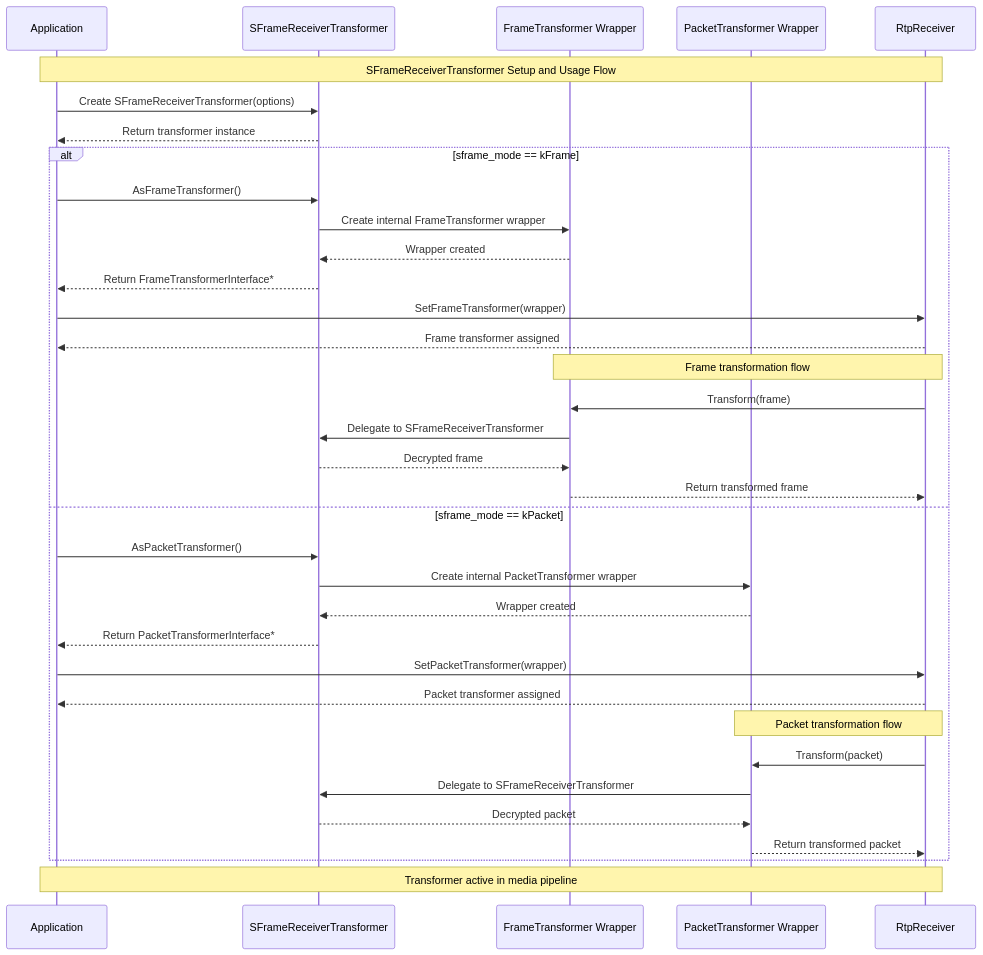
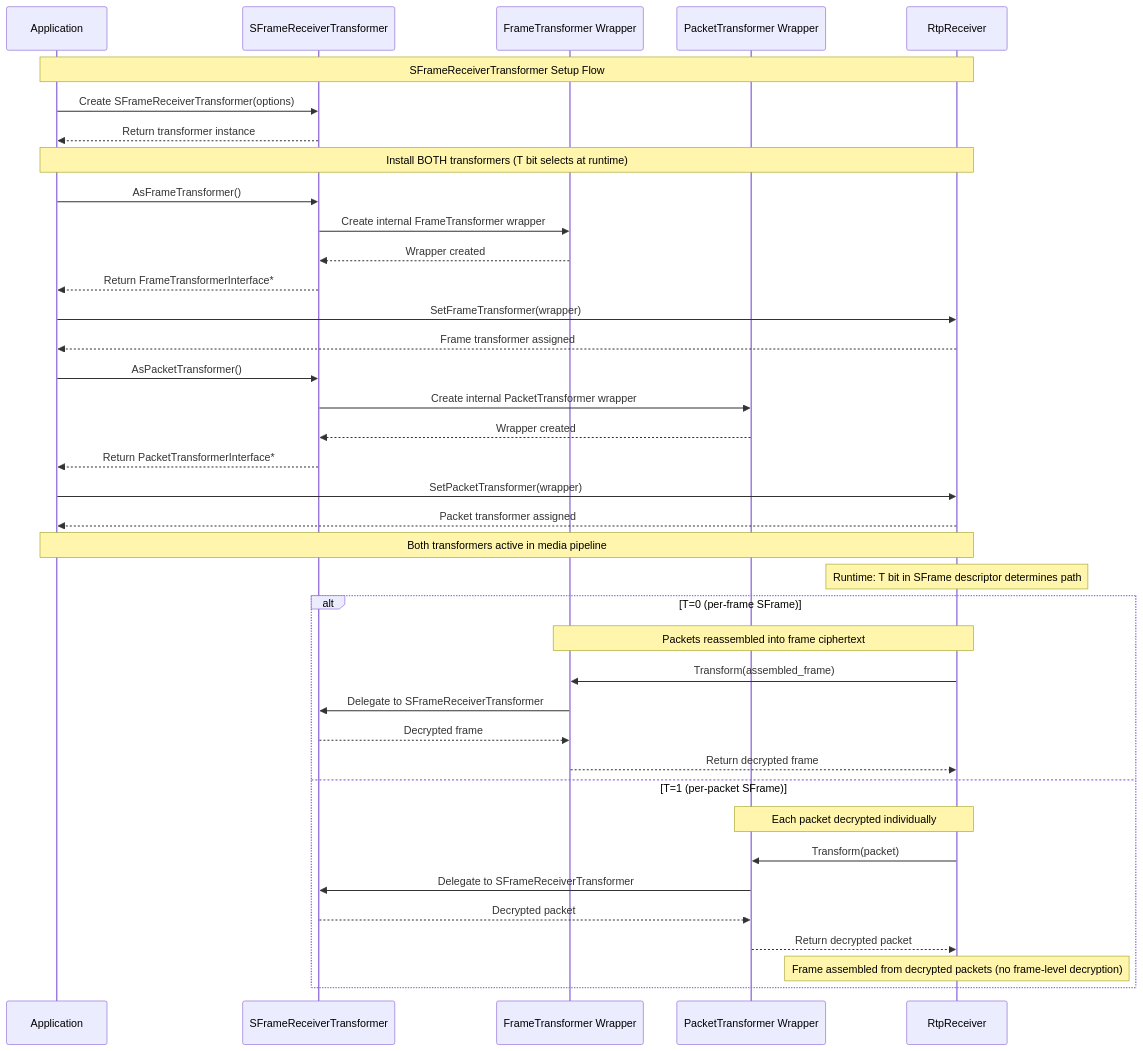
Before and after one commit to webex/webrtc-sframe: diagram 11 of 22 in README.md, drawn with Mermaid. The commit also changed other lines of this file, not shown here.

Commit message:
t bit introduced

````diff
--- a/README.md
+++ b/README.md
@@ -351,46 +357,48 @@
 ```mermaid
 sequenceDiagram
     participant App as Application
     participant RT as SFrameReceiverTransformer
     participant FW as FrameTransformer Wrapper
     participant PW as PacketTransformer Wrapper
     participant Receiver as RtpReceiver
 
-    Note over App,Receiver: SFrameReceiverTransformer Setup and Usage Flow
+    Note over App,Receiver: SFrameReceiverTransformer Setup Flow
 
     App->>RT: Create SFrameReceiverTransformer(options)
     RT-->>App: Return transformer instance
 
-    alt sframe_mode == kFrame
-        App->>RT: AsFrameTransformer()
-        RT->>FW: Create internal FrameTransformer wrapper
-        FW-->>RT: Wrapper created
-        RT-->>App: Return FrameTransformerInterface*
-        
-        App->>Receiver: SetFrameTransformer(wrapper)
-        Receiver-->>App: Frame transformer assigned
-        
-        Note over FW,Receiver: Frame transformation flow
-        Receiver->>FW: Transform(frame)
+    Note over App,Receiver: Install BOTH transformers (T bit selects at runtime)
+
+    App->>RT: AsFrameTransformer()
+    RT->>FW: Create internal FrameTransformer wrapper
+    FW-->>RT: Wrapper created
+    RT-->>App: Return FrameTransformerInterface*
+    App->>Receiver: SetFrameTransformer(wrapper)
+    Receiver-->>App: Frame transformer assigned
+
+    App->>RT: AsPacketTransformer()
+    RT->>PW: Create internal PacketTransformer wrapper
+    PW-->>RT: Wrapper created
+    RT-->>App: Return PacketTransformerInterface*
+    App->>Receiver: SetPacketTransformer(wrapper)
+    Receiver-->>App: Packet transformer assigned
+
+    Note over App,Receiver: Both transformers active in media pipeline
+
+    Note over Receiver: Runtime: T bit in SFrame descriptor determines path
+
+    alt T=0 (per-frame SFrame)
+        Note over Receiver,FW: Packets reassembled into frame ciphertext
+        Receiver->>FW: Transform(assembled_frame)
         FW->>RT: Delegate to SFrameReceiverTransformer
         RT-->>FW: Decrypted frame
-        FW-->>Receiver: Return transformed frame
-        
-    else sframe_mode == kPacket
-        App->>RT: AsPacketTransformer()
-        RT->>PW: Create internal PacketTransformer wrapper
-        PW-->>RT: Wrapper created
-        RT-->>App: Return PacketTransformerInterface*
-        
-        App->>Receiver: SetPacketTransformer(wrapper)
-        Receiver-->>App: Packet transformer assigned
-        
-        Note over PW,Receiver: Packet transformation flow
+        FW-->>Receiver: Return decrypted frame
+    else T=1 (per-packet SFrame)
+        Note over Receiver,PW: Each packet decrypted individually
         Receiver->>PW: Transform(packet)
         PW->>RT: Delegate to SFrameReceiverTransformer
         RT-->>PW: Decrypted packet
-        PW-->>Receiver: Return transformed packet
+        PW-->>Receiver: Return decrypted packet
+        Note over Receiver: Frame assembled from decrypted packets (no frame-level decryption)
     end
-
-    Note over App,Receiver: Transformer active in media pipeline
 ```
````
